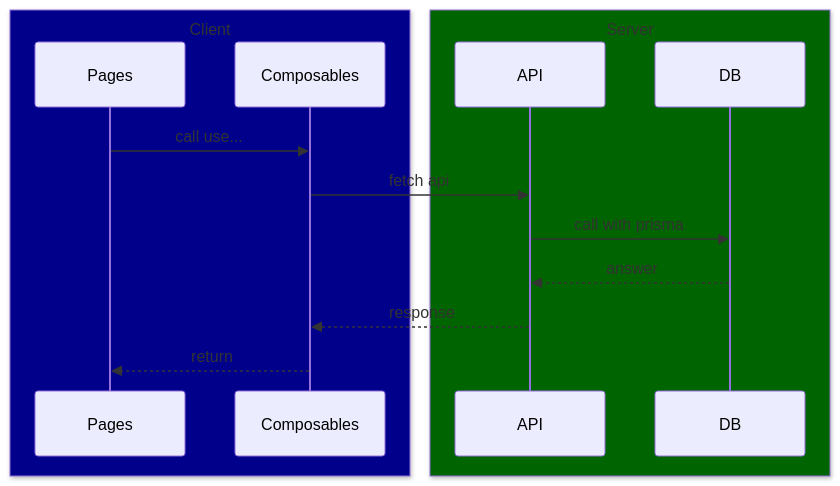
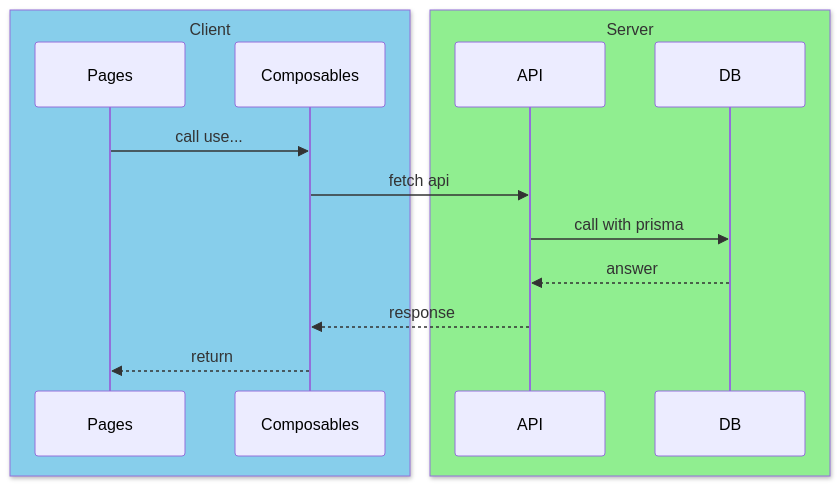
One commit to SpeedyHorse/ticket_management changed the diagram in docs/overall.md. Above: the diagram before and after it, drawn with Mermaid. The commit also changed 8 other files, not shown here.

````diff
--- a/docs/overall.md
+++ b/docs/overall.md
@@ -5,20 +5,20 @@
 ```mermaid
 sequenceDiagram
-    box darkblue Client
+    box skyblue Client
         participant Pages
         participant Composables
     end
 
-    box darkgreen Server
+    box lightgreen Server
         participant API
         participant DB
     end
 
     Pages->>Composables: call use...
     Composables->>API: fetch api
     API->>DB: call with prisma
 
     DB-->>API: answer
     API-->>Composables: response
     Composables-->>Pages: return
 ```
````
